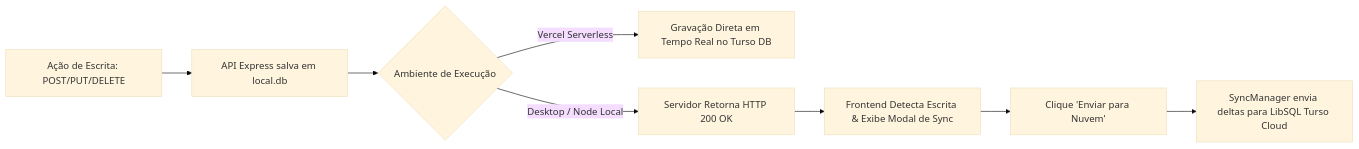
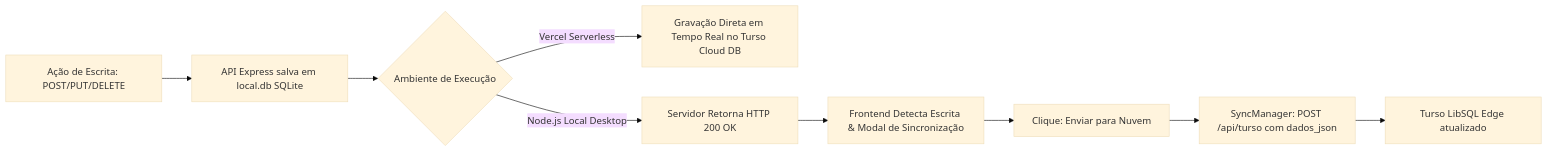
Before and after one commit to Mazzarowysk/Health-Nexus: the fourth of 6 diagrams in docs/10-Manuais/01-guia-desenvolvedor.md, drawn with Mermaid (base theme). The commit also changed other lines of this file and 6 other files, not shown here.

````diff
--- a/docs/10-Manuais/01-guia-desenvolvedor.md
+++ b/docs/10-Manuais/01-guia-desenvolvedor.md
@@ -104,10 +118,11 @@
 ```mermaid
 flowchart LR
-    A[Ação de Escrita: POST/PUT/DELETE] --> B[API Express salva em local.db]
+    A[Ação de Escrita: POST/PUT/DELETE] --> B[API Express salva em local.db SQLite]
     B --> C{Ambiente de Execução}
-    C -->|Vercel Serverless| D[Gravação Direta em Tempo Real no Turso DB]
-    C -->|Desktop / Node Local| E[Servidor Retorna HTTP 200 OK]
-    E --> F[Frontend Detecta Escrita & Exibe Modal de Sync]
-    F --> G[Clique 'Enviar para Nuvem']
-    G --> H[SyncManager envia deltas para LibSQL Turso Cloud]
+    C -->|Vercel Serverless| D[Gravação Direta em Tempo Real no Turso Cloud DB]
+    C -->|Node.js Local Desktop| E[Servidor Retorna HTTP 200 OK]
+    E --> F[Frontend Detecta Escrita & Modal de Sincronização]
+    F --> G[Clique: Enviar para Nuvem]
+    G --> H[SyncManager: POST /api/turso com dados_json]
+    H --> I[Turso LibSQL Edge atualizado]
 ```
````
